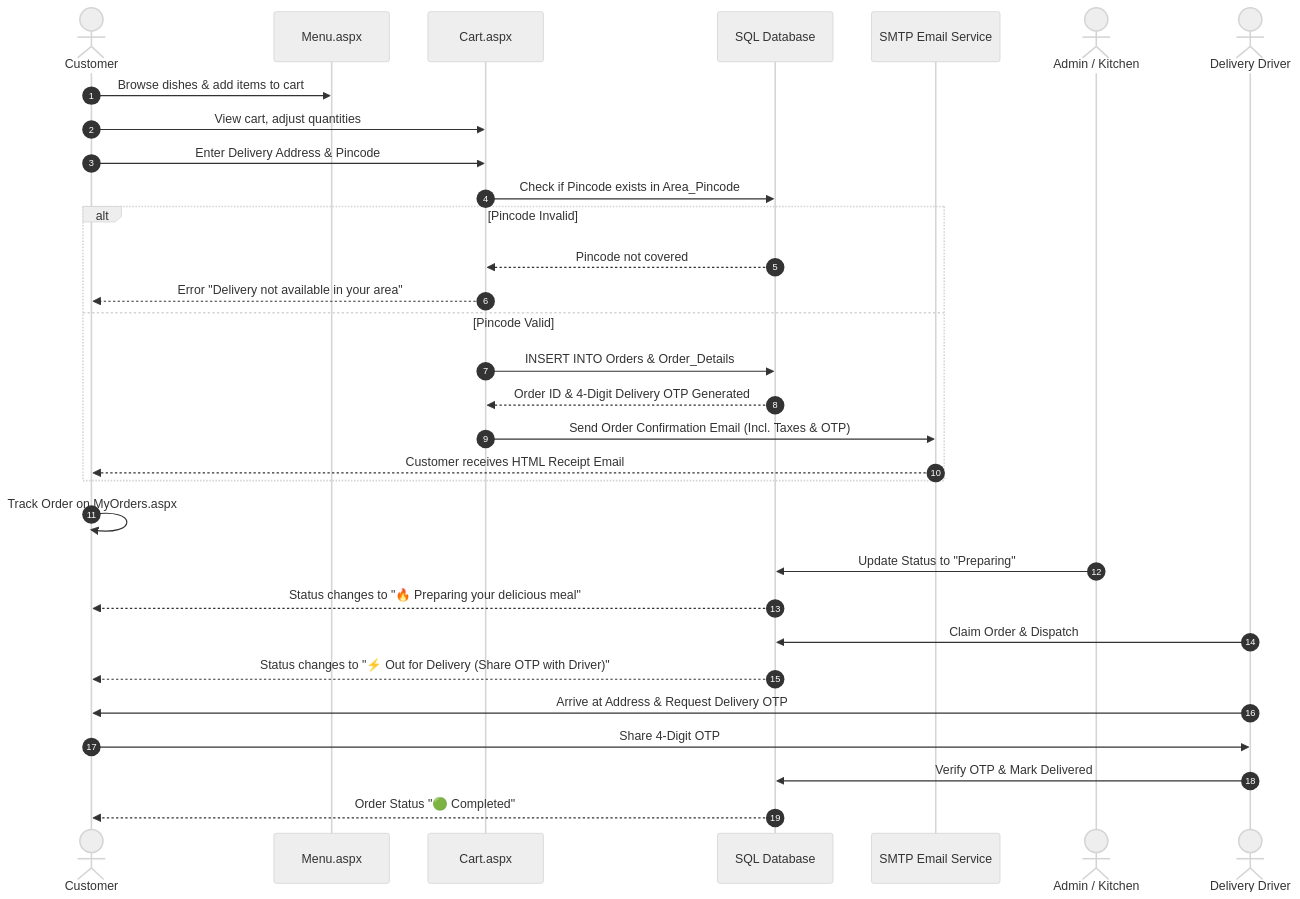
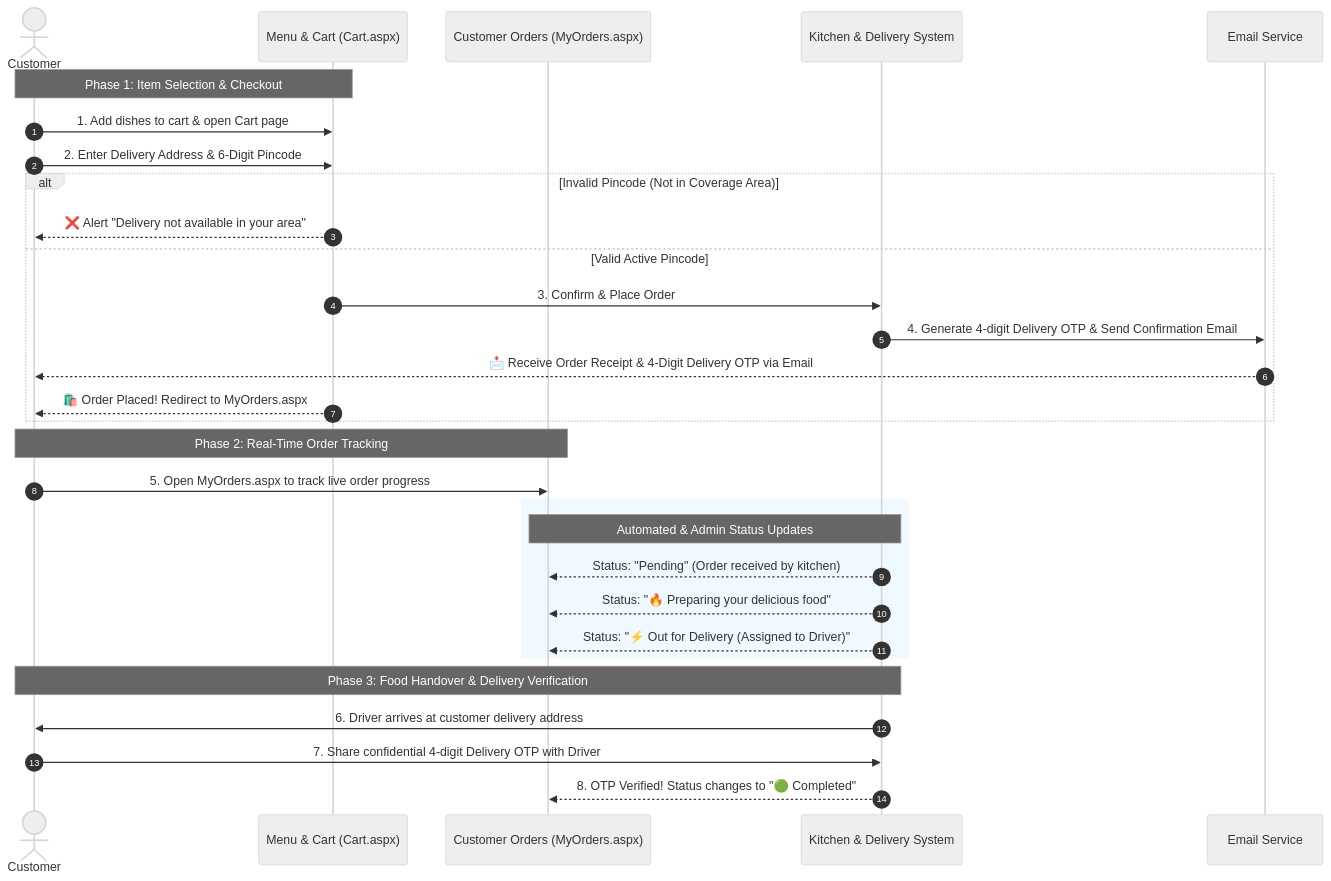
One commit to vinitsonii/Cloud-kitchen-management-system changed the diagram in CLoud Kitchen Project/Cloud Kitchen/docs/1_CUSTOMER_WORKFLOW.md. Above: the diagram before and after it, drawn with Mermaid (neutral theme). The commit also changed other lines of this file and 2 other files, not shown here.

Commit message:
docs: Redesign sequence and flowchart diagrams across workflow markdown files for crystal clarity

````diff
--- a/CLoud Kitchen Project/Cloud Kitchen/docs/1_CUSTOMER_WORKFLOW.md
+++ b/CLoud Kitchen Project/Cloud Kitchen/docs/1_CUSTOMER_WORKFLOW.md
@@ -24,35 +24,37 @@
 ```mermaid
 sequenceDiagram
     autonumber
     actor Customer
-    participant Menu as Menu.aspx
-    participant Cart as Cart.aspx
-    participant DB as SQL Database
-    participant Email as SMTP Email Service
-    actor Kitchen as Admin / Kitchen
-    actor Driver as Delivery Driver
+    participant Storefront as Menu & Cart (Cart.aspx)
+    participant OrdersPage as Customer Orders (MyOrders.aspx)
+    participant System as Kitchen & Delivery System
+    participant Email as Email Service
 
-    Customer->>Menu: Browse dishes & add items to cart
-    Customer->>Cart: View cart, adjust quantities
-    Customer->>Cart: Enter Delivery Address & Pincode
-    Cart->>DB: Check if Pincode exists in Area_Pincode
-    alt Pincode Invalid
-        DB-->>Cart: Pincode not covered
-        Cart-->>Customer: Error "Delivery not available in your area"
-    else Pincode Valid
-        Cart->>DB: INSERT INTO Orders & Order_Details
-        DB-->>Cart: Order ID & 4-Digit Delivery OTP Generated
-        Cart->>Email: Send Order Confirmation Email (Incl. Taxes & OTP)
-        Email-->>Customer: Customer receives HTML Receipt Email
+    Note over Customer,Storefront: Phase 1: Item Selection & Checkout
+    Customer->>Storefront: 1. Add dishes to cart & open Cart page
+    Customer->>Storefront: 2. Enter Delivery Address & 6-Digit Pincode
+    
+    alt Invalid Pincode (Not in Coverage Area)
+        Storefront-->>Customer: ❌ Alert "Delivery not available in your area"
+    else Valid Active Pincode
+        Storefront->>System: 3. Confirm & Place Order
+        System->>Email: 4. Generate 4-digit Delivery OTP & Send Confirmation Email
+        Email-->>Customer: 📩 Receive Order Receipt & 4-Digit Delivery OTP via Email
+        Storefront-->>Customer: 🛍️ Order Placed! Redirect to MyOrders.aspx
     end
 
-    Customer->>Customer: Track Order on MyOrders.aspx
-    Kitchen->>DB: Update Status to "Preparing"
-    DB-->>Customer: Status changes to "🔥 Preparing your delicious meal"
-    Driver->>DB: Claim Order & Dispatch
-    DB-->>Customer: Status changes to "⚡ Out for Delivery (Share OTP with Driver)"
-    Driver->>Customer: Arrive at Address & Request Delivery OTP
-    Customer->>Driver: Share 4-Digit OTP
-    Driver->>DB: Verify OTP & Mark Delivered
-    DB-->>Customer: Order Status "🟢 Completed"
+    Note over Customer,OrdersPage: Phase 2: Real-Time Order Tracking
+    Customer->>OrdersPage: 5. Open MyOrders.aspx to track live order progress
+
+    rect rgb(240, 249, 255)
+        Note over OrdersPage,System: Automated & Admin Status Updates
+        System-->>OrdersPage: Status: "Pending" (Order received by kitchen)
+        System-->>OrdersPage: Status: "🔥 Preparing your delicious food"
+        System-->>OrdersPage: Status: "⚡ Out for Delivery (Assigned to Driver)"
+    end
+
+    Note over Customer,System: Phase 3: Food Handover & Delivery Verification
+    System->>Customer: 6. Driver arrives at customer delivery address
+    Customer->>System: 7. Share confidential 4-digit Delivery OTP with Driver
+    System-->>OrdersPage: 8. OTP Verified! Status changes to "🟢 Completed"
 ```
````
